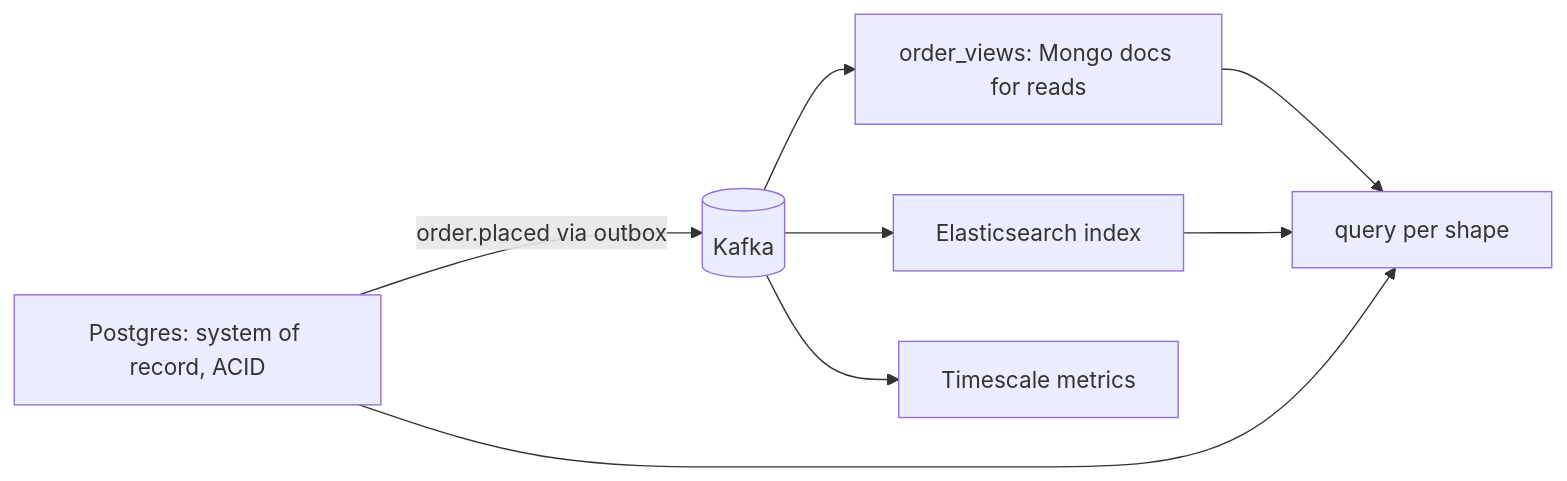
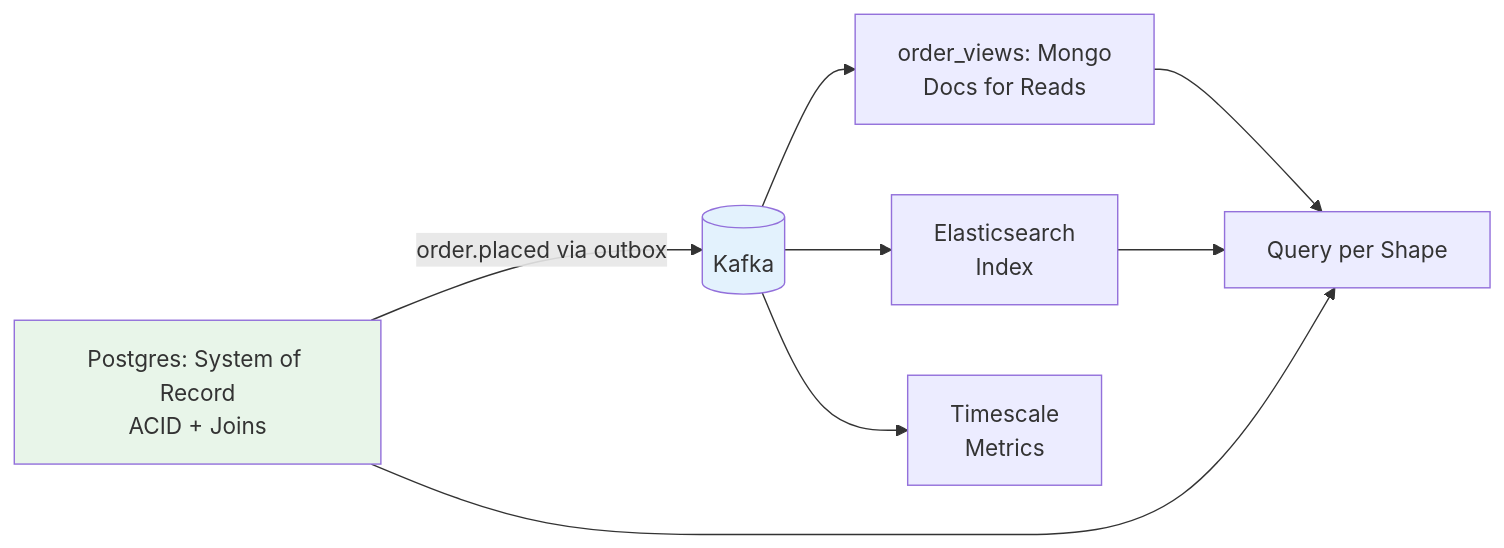
The diagram in Architect/06_Data-Architecture/01_SQL-vs-NoSQL-Selection.md (kotiansukesh/Engineering-Knowledge-System), drawn with Mermaid before and after one commit. The commit also changed other lines of this file and 546 other files, not shown here.

````diff
--- a/Architect/06_Data-Architecture/01_SQL-vs-NoSQL-Selection.md
+++ b/Architect/06_Data-Architecture/01_SQL-vs-NoSQL-Selection.md
@@ -14,10 +25,12 @@
 ```mermaid
 graph LR
- SOT[Postgres: system of record, ACID] -->|order.placed via outbox| K[(Kafka)]
- K --> RD[order_views: Mongo docs for reads]
- K --> SX[Elasticsearch index]
- K --> TS[Timescale metrics]
- RD --> Q[query per shape]
- SX --> Q
- SOT --> Q
+    SOT[Postgres: System of Record<br/>ACID + Joins] -->|order.placed via outbox| K[(Kafka)]
+    K --> RD[order_views: Mongo<br/>Docs for Reads]
+    K --> SX[Elasticsearch<br/>Index]
+    K --> TS[Timescale<br/>Metrics]
+    RD --> Q[Query per Shape]
+    SX --> Q
+    SOT --> Q
+    style SOT fill:#e8f5e9
+    style K fill:#e3f2fd
 ```
````
